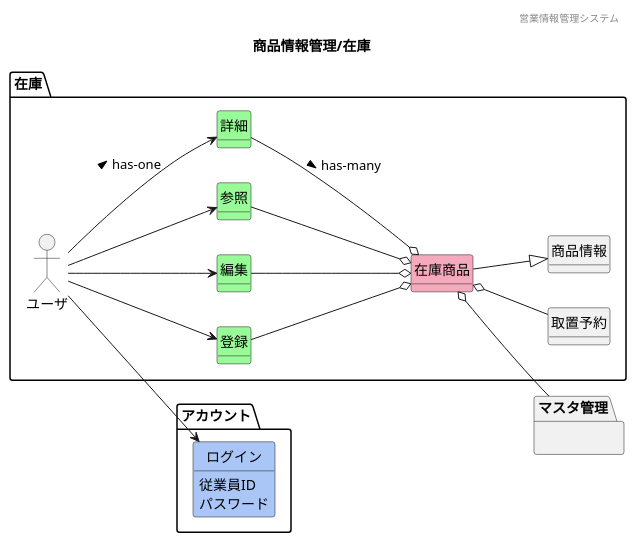
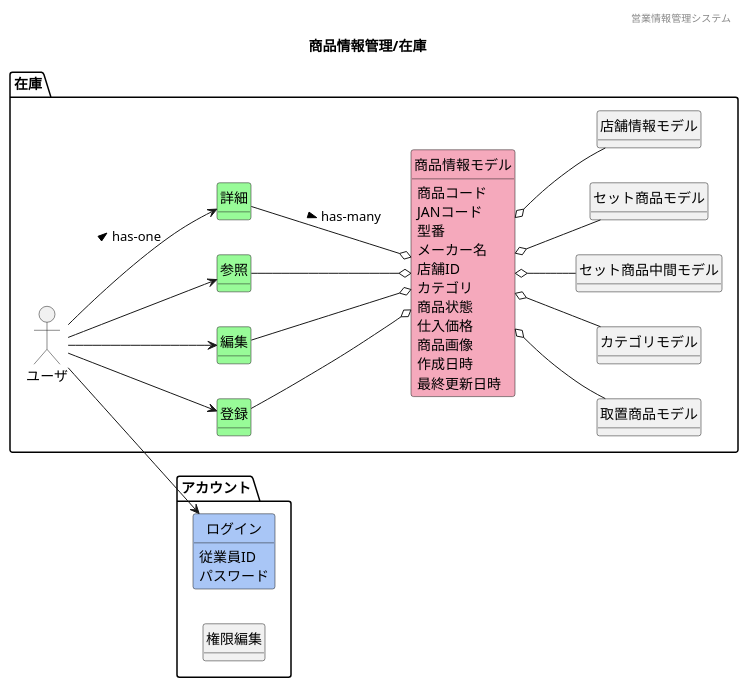
One commit to HaruShim/Sotuken changed the diagram in 各種設計書/1ドメインモデル図/商品情報管理/F07在庫.plantuml. Above: the diagram before and after it, drawn with PlantUML. The commit also changed 16 other files, not shown here.

```diff
--- a/各種設計書/1ドメインモデル図/商品情報管理/F07在庫.plantuml
+++ b/各種設計書/1ドメインモデル図/商品情報管理/F07在庫.plantuml
@@ -1,62 +1,73 @@
 @startuml images/商品情報管理/在庫
 ' ヘッダー
 header 営業情報管理システム
 ' タイトル
 title 商品情報管理/在庫
 ' 
 hide circle
 ' 
 hide method
 left to right direction
 
 package "アカウント"{
     class "ログイン" #A9C6F6
+    class "権限編集"
 }
 
 package "在庫" {
     'ユーザや外部システム
     mix_actor "ユーザ"
     class "登録" #98fb98
     class "編集" #98fb98
     class "参照" #98fb98
     class "詳細" #98fb98
-    class "在庫商品" #F5A9BC
-    class "取置予約"
-    class "商品情報"
+    class "商品情報モデル" #F5A9BC
+    class "取置商品モデル"
+    class "カテゴリモデル"
+    class "セット商品中間モデル"
+    class "セット商品モデル"
+    class "店舗情報モデル"    
 }
-    package "マスタ管理"{
-    }
+    ' package "マスタ管理"{
+    '     ' package "店舗マスタ"{}
+    '     ' package "ベンチマークマスタ"{}
+    ' }
     ' class "" #F5A9BC
     ' class "" #ffd700
 
     'モデル同士の関係
     ユーザ --> 参照
     ユーザ --> 登録
     ユーザ --> 編集
     ユーザ --> 詳細 : > has-one
     ユーザ --> ログイン
-    登録 --o 在庫商品
-    参照 --o 在庫商品
-    編集 --o 在庫商品
-    詳細 --o 在庫商品 : > has-many
-    在庫商品 o-- 取置予約
-    在庫商品 --|> 商品情報
-    在庫商品 o-- マスタ管理
-
+    登録 --o 商品情報モデル
+    参照 --o 商品情報モデル
+    編集 --o 商品情報モデル
+    詳細 --o 商品情報モデル : > has-many
+    商品情報モデル o-- カテゴリモデル
+    商品情報モデル o-- 取置商品モデル
+    商品情報モデル o-- セット商品中間モデル
+    商品情報モデル o-- セット商品モデル
+    商品情報モデル o-- 店舗情報モデル
+    ' 商品情報モデル o-- マスタ管理
+    
     'ドメインクラスの属性
-    ' 商品情報 : 型番
-    ' 商品情報 : 商品コード
-    ' 商品情報 : JANコード
-    ' 商品情報 : 商品画像
-    ' 商品情報 : 在庫場所
-    ' 商品情報 : カテゴリ
-    ' 商品情報 : 仕入価格
+    商品情報モデル : 商品コード
+    商品情報モデル : JANコード
+    商品情報モデル : 型番
+    商品情報モデル : メーカー名
+    商品情報モデル : 店舗ID
+    商品情報モデル : カテゴリ
+    商品情報モデル : 商品状態
+    商品情報モデル : 仕入価格
+    商品情報モデル : 商品画像
+    商品情報モデル : 作成日時
+    商品情報モデル : 最終更新日時
     ログイン : 従業員ID
     ログイン : パスワード
-
-    ' 在庫商品の属性がないので飛ばす
 
 
 
 
 @enduml
```
